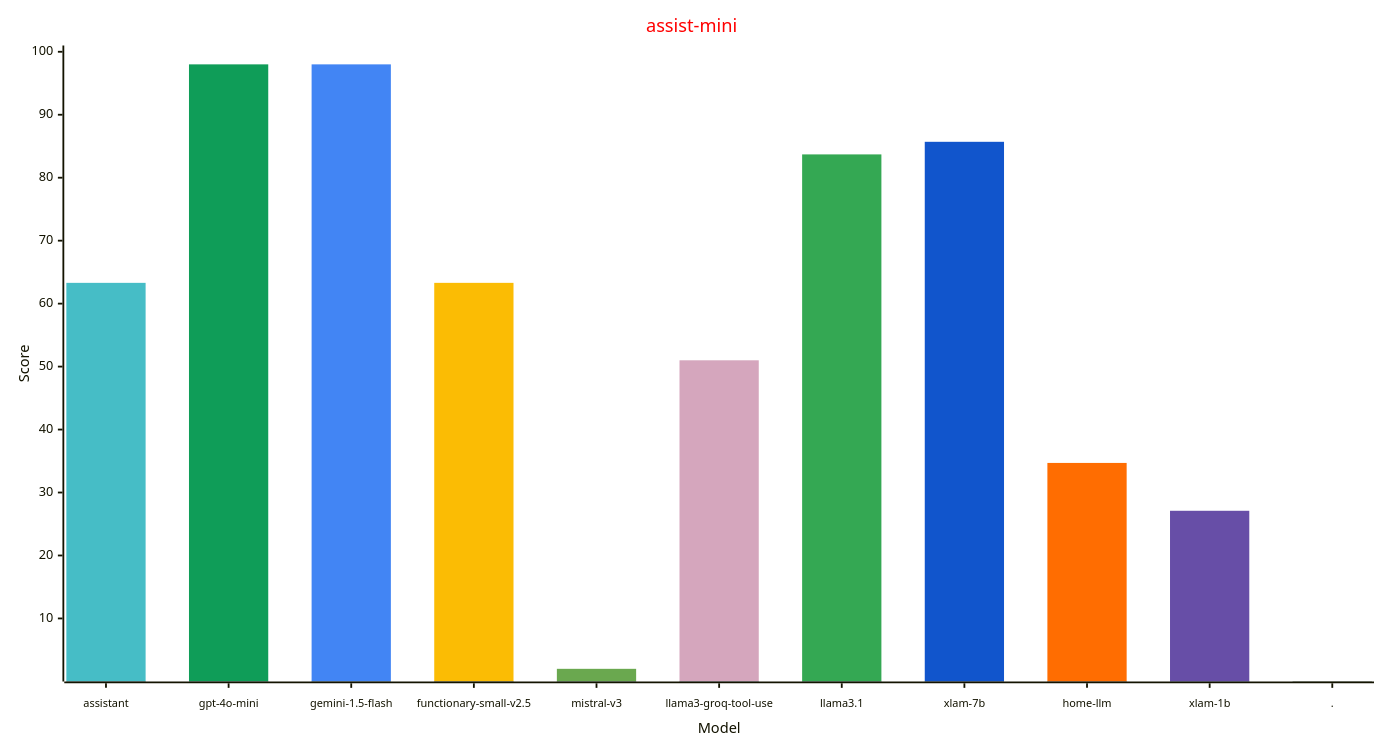
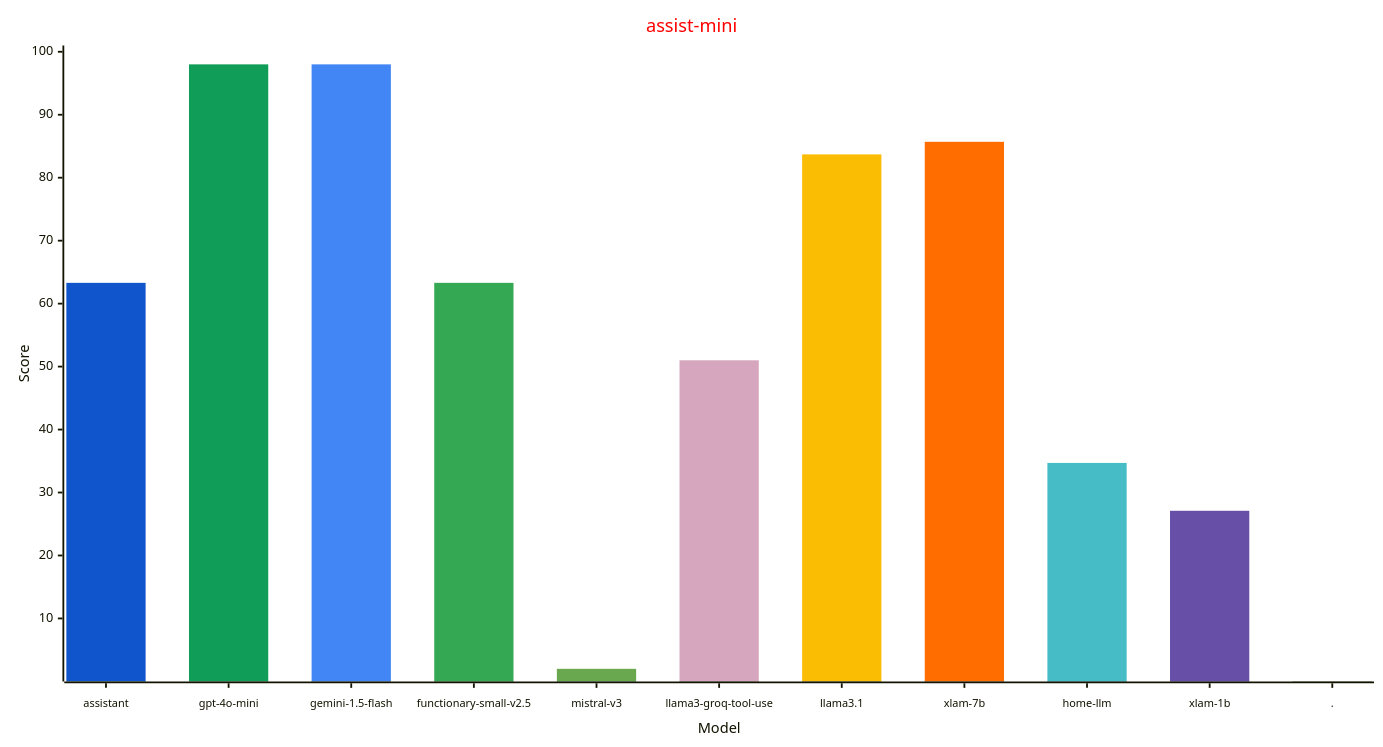
The second of 3 diagrams in reports/README.md (allenporter/home-assistant-datasets), drawn with Mermaid before and after one commit. The commit also changed other lines of this file and 83 other files, not shown here.

````diff
--- a/reports/README.md
+++ b/reports/README.md
@@ -84,31 +84,31 @@
 ```mermaid
 ---
 config:
     xyChart:
         width: 1500
         height: 800
         xAxis:
           labelFontSize: 12
           labelPadding: 8
     themeVariables:
         xyChart:
             titleColor: "#ff0000"
-            plotColorPalette: "#46bdc6, #0f9d58, #4285f4, #fbbc04, #6aa84f, #d5a6bd, #34a853, #1155cc, #ff6d01, #674ea7, #4285f4"
+            plotColorPalette: "#1155cc, #0f9d58, #4285f4, #34a853, #6aa84f, #d5a6bd, #fbbc04, #ff6d01, #46bdc6, #674ea7, #4285f4"
 
 ---
 xychart-beta
   title "assist-mini"
   x-axis "Model" [assistant, gpt-4o-mini, gemini-1.5-flash, functionary-small-v2.5, mistral-v3, llama3-groq-tool-use, llama3.1, xlam-7b, home-llm, xlam-1b, .]
   y-axis "Score" 1 --> 100
   bar [63.3, 0.0, 0.0, 0.0, 0.0, 0.0, 0.0, 0.0, 0.0, 0.0, 0.0]
   bar [0.0, 98.0, 0.0, 0.0, 0.0, 0.0, 0.0, 0.0, 0.0, 0.0, 0.0]
   bar [0.0, 0.0, 98.0, 0.0, 0.0, 0.0, 0.0, 0.0, 0.0, 0.0, 0.0]
   bar [0.0, 0.0, 0.0, 63.3, 0.0, 0.0, 0.0, 0.0, 0.0, 0.0, 0.0]
   bar [0.0, 0.0, 0.0, 0.0, 2.0, 0.0, 0.0, 0.0, 0.0, 0.0, 0.0]
   bar [0.0, 0.0, 0.0, 0.0, 0.0, 51.0, 0.0, 0.0, 0.0, 0.0, 0.0]
   bar [0.0, 0.0, 0.0, 0.0, 0.0, 0.0, 83.7, 0.0, 0.0, 0.0, 0.0]
   bar [0.0, 0.0, 0.0, 0.0, 0.0, 0.0, 0.0, 85.7, 0.0, 0.0, 0.0]
   bar [0.0, 0.0, 0.0, 0.0, 0.0, 0.0, 0.0, 0.0, 34.7, 0.0, 0.0]
   bar [0.0, 0.0, 0.0, 0.0, 0.0, 0.0, 0.0, 0.0, 0.0, 27.1, 0.0]
   bar [0.0, 0.0, 0.0, 0.0, 0.0, 0.0, 0.0, 0.0, 0.0, 0.0, -1.0]
 ```
````
